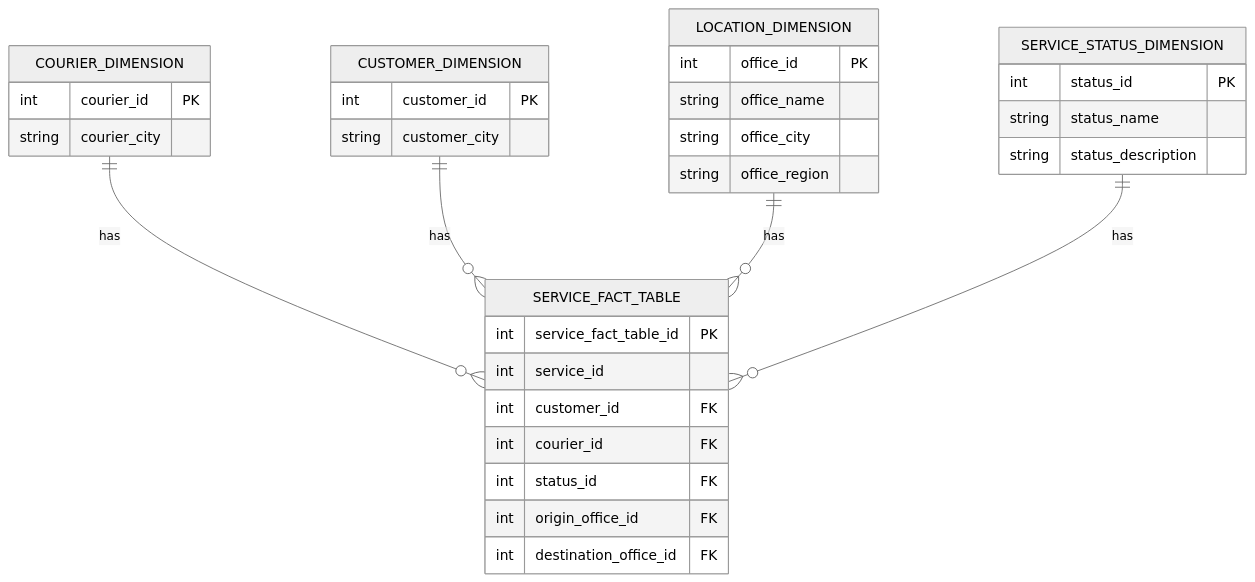
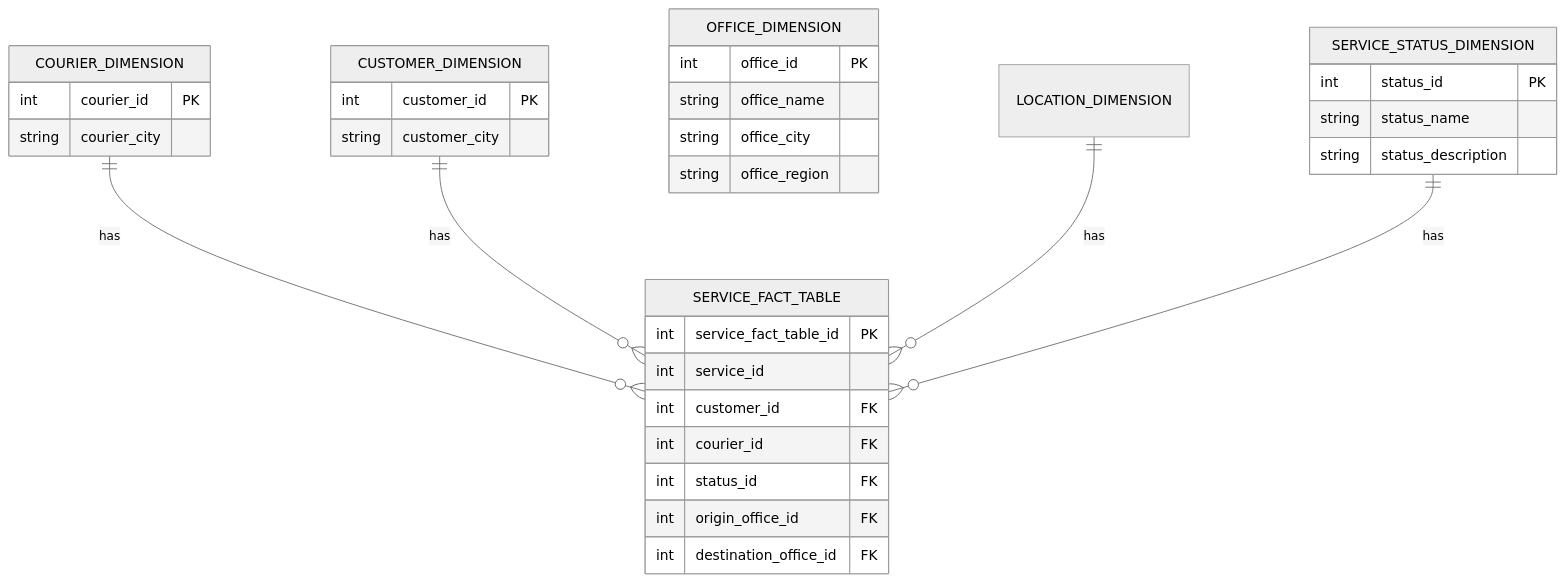
The eighth of 9 diagrams in dimensions_and_data_marts.md (LONG-TERM-EFFECTS-OF-SUFFERING/Rapidos_y_Furiosos_data_warehouse), drawn with Mermaid (neutral theme) before and after one commit. The commit also changed other lines of this file and 7 other files, not shown here.

Commit message:
Update dimensions and notebooks: rename location to office, add hour to time dimension, and adjust execution counts

````diff
--- a/dimensions_and_data_marts.md
+++ b/dimensions_and_data_marts.md
@@ -120,40 +121,40 @@
 ```MERMAID
 erDiagram
     COURIER_DIMENSION {
         int courier_id PK
         string courier_city
     }
 
     CUSTOMER_DIMENSION {
         int customer_id PK
         string customer_city
     }
 
-    LOCATION_DIMENSION {
+    OFFICE_DIMENSION {
         int office_id PK
         string office_name
         string office_city
         string office_region
     }
 
     SERVICE_STATUS_DIMENSION {
         int status_id PK
         string status_name
         string status_description
     }
 
     SERVICE_FACT_TABLE {
         int service_fact_table_id PK
         int service_id
         int customer_id FK
         int courier_id FK
         int status_id FK
         int origin_office_id FK
         int destination_office_id FK
     }
 
     COURIER_DIMENSION ||--o{ SERVICE_FACT_TABLE : "has"
     CUSTOMER_DIMENSION ||--o{ SERVICE_FACT_TABLE : "has"
     LOCATION_DIMENSION ||--o{ SERVICE_FACT_TABLE : "has"
     SERVICE_STATUS_DIMENSION ||--o{ SERVICE_FACT_TABLE : "has"
 ```
````
